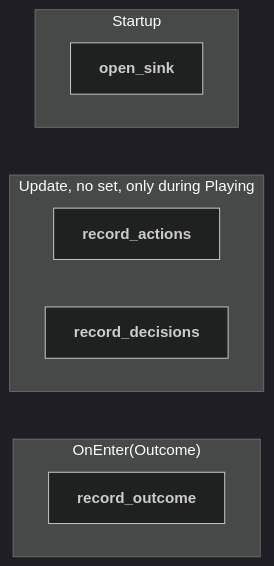
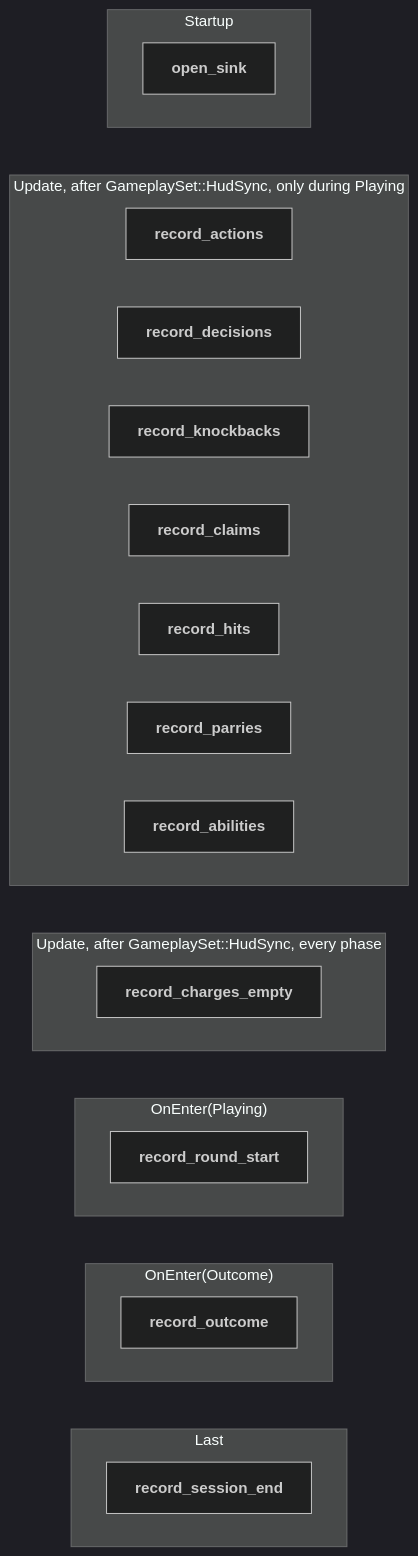
The first of 9 diagrams in backlog/docs/doc-21 - 019-Telemetry-plugin.md (neurosoup/tyled), drawn with Mermaid before and after one commit. The commit also changed other lines of this file and 22 other files, not shown here.

````diff
--- a/backlog/docs/doc-21 - 019-Telemetry-plugin.md
+++ b/backlog/docs/doc-21 - 019-Telemetry-plugin.md
@@ -29,24 +84,44 @@
 ```mermaid
 ---
 config:
   theme: dark
 ---
 
 flowchart TD
 
 subgraph startup ["Startup"]
   open_sink["`**open_sink**`"]
 end
 
-subgraph update ["Update, no set, only during Playing"]
+subgraph update ["Update, after GameplaySet::HudSync, only during Playing"]
   record_actions["`**record_actions**`"]
   record_decisions["`**record_decisions**`"]
+  record_knockbacks["`**record_knockbacks**`"]
+  record_claims["`**record_claims**`"]
+  record_hits["`**record_hits**`"]
+  record_parries["`**record_parries**`"]
+  record_abilities["`**record_abilities**`"]
+end
+
+subgraph update_all ["Update, after GameplaySet::HudSync, every phase"]
+  record_charges_empty["`**record_charges_empty**`"]
+end
+
+subgraph enter_playing ["OnEnter(Playing)"]
+  record_round_start["`**record_round_start**`"]
 end
 
 subgraph enter_outcome ["OnEnter(Outcome)"]
   record_outcome["`**record_outcome**`"]
 end
 
+subgraph last ["Last"]
+  record_session_end["`**record_session_end**`"]
+end
+
 startup ~~~ update
-update ~~~ enter_outcome
+update ~~~ update_all
+update_all ~~~ enter_playing
+enter_playing ~~~ enter_outcome
+enter_outcome ~~~ last
 ```
````
